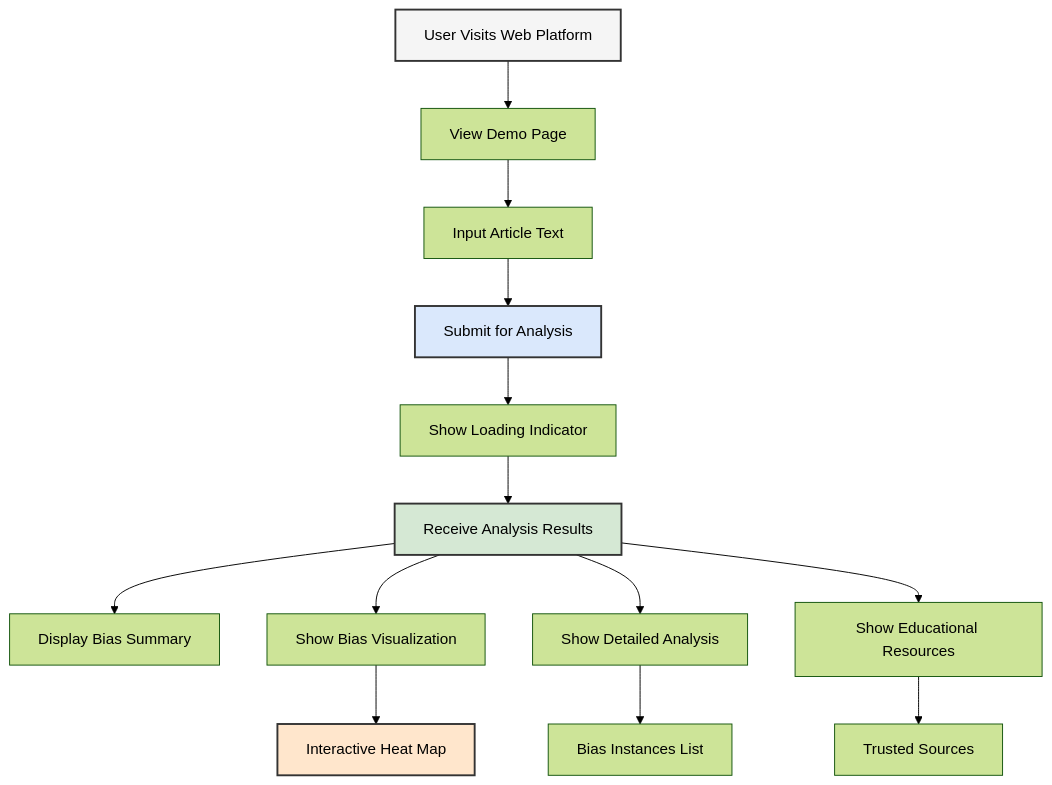
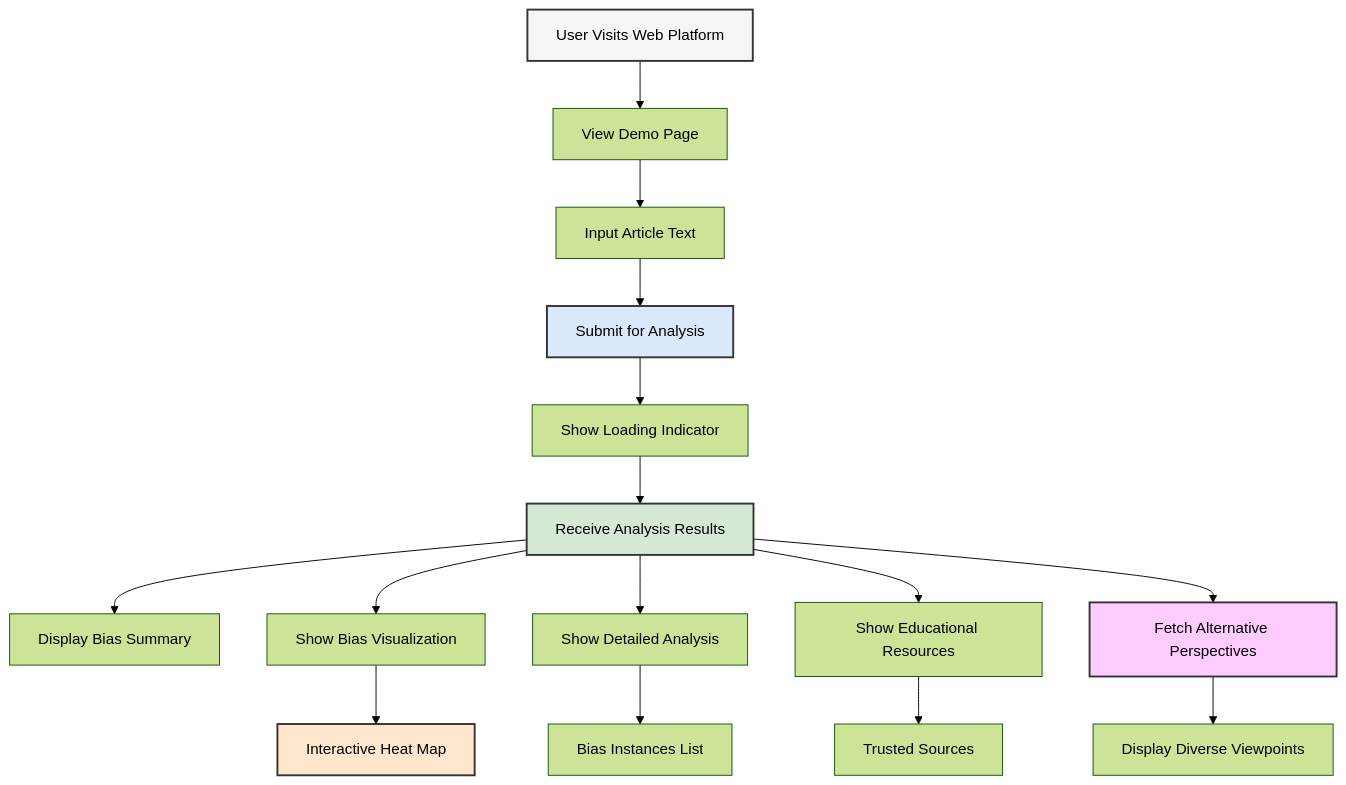
One commit to amarzeus/Biasbuster changed the sixth of 9 diagrams in FLOWCHART.md. Above: the diagram before and after it, drawn with Mermaid (forest theme). The commit also changed other lines of this file and 18 other files, not shown here.

````diff
--- a/FLOWCHART.md
+++ b/FLOWCHART.md
@@ -155,23 +155,26 @@
 ```mermaid
 flowchart TD
     A[User Visits Web Platform] --> B[View Demo Page]
     B --> C[Input Article Text]
     C --> D[Submit for Analysis]
     
     D --> E[Show Loading Indicator]
     E --> F[Receive Analysis Results]
     
     F --> G[Display Bias Summary]
     F --> H[Show Bias Visualization]
     F --> I[Show Detailed Analysis]
     F --> J[Show Educational Resources]
+    F --> N[Fetch Alternative Perspectives]
     
     H --> K[Interactive Heat Map]
     I --> L[Bias Instances List]
     J --> M[Trusted Sources]
+    N --> O[Display Diverse Viewpoints]
     
     style A fill:#f5f5f5,stroke:#333,stroke-width:2px
     style D fill:#dae8fc,stroke:#333,stroke-width:2px
     style F fill:#d5e8d4,stroke:#333,stroke-width:2px
     style K fill:#ffe6cc,stroke:#333,stroke-width:2px
+    style N fill:#ffccff,stroke:#333,stroke-width:2px
 ```
````
